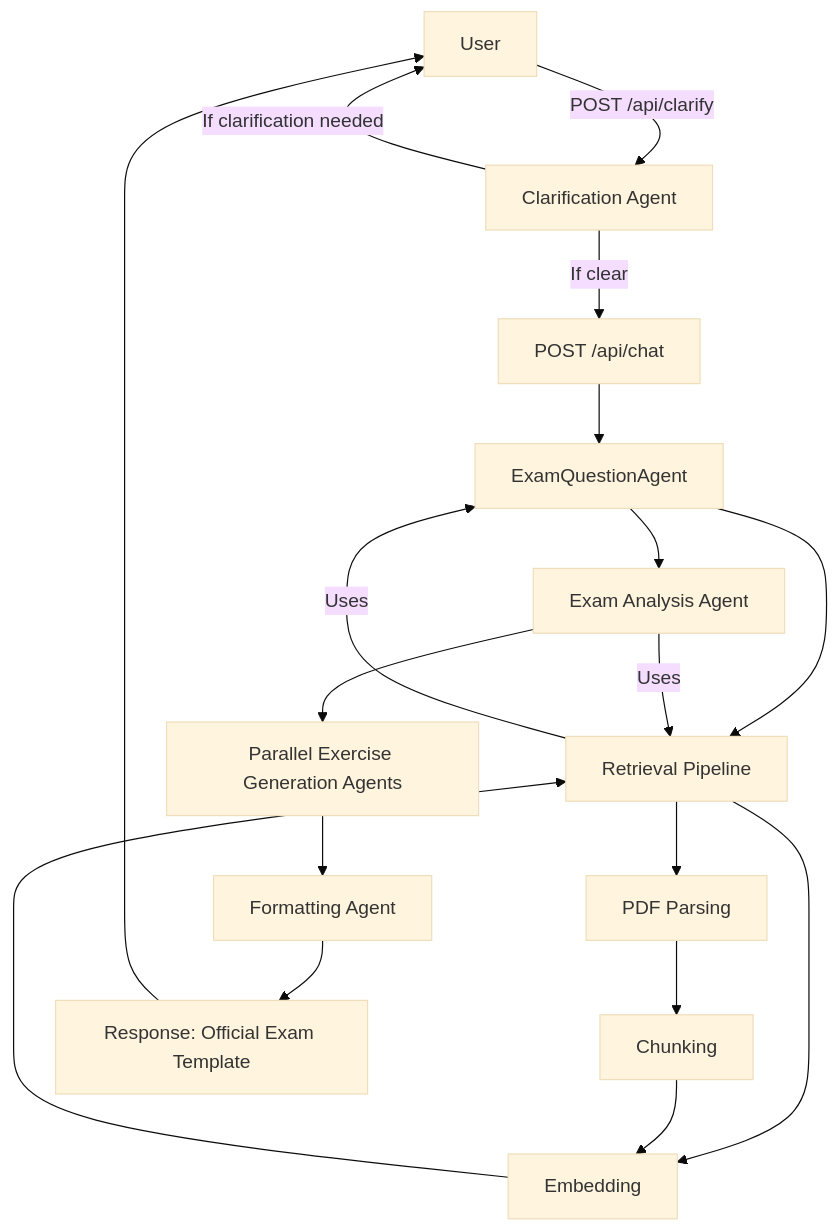
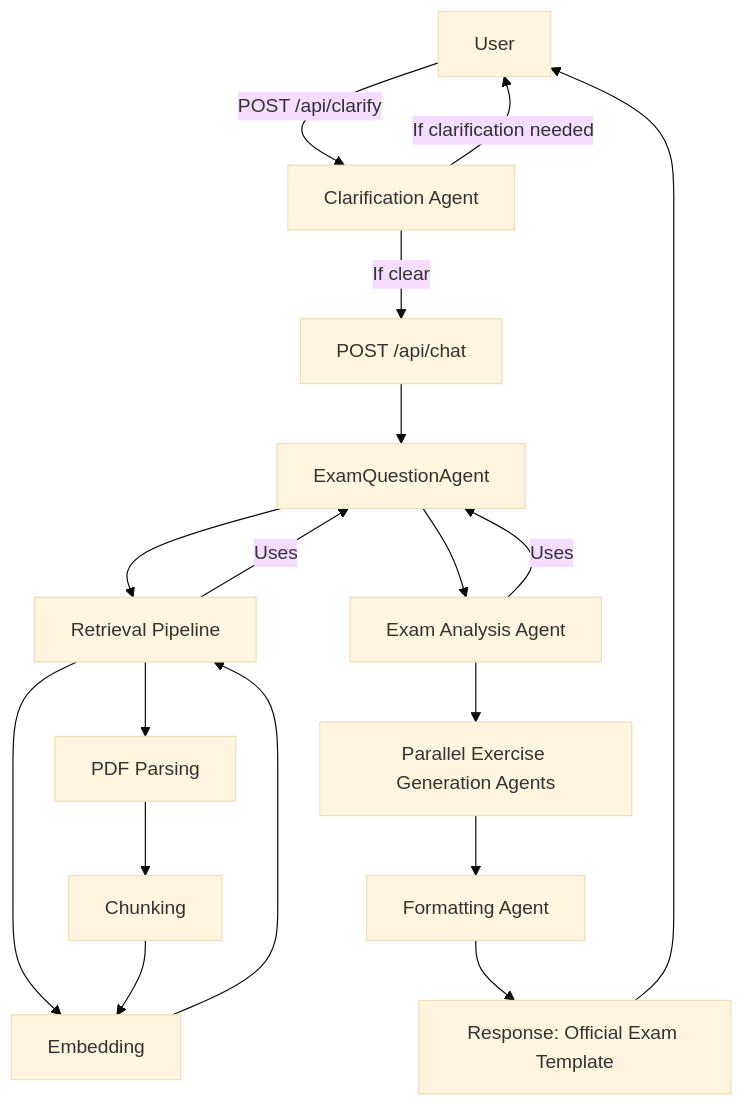
Before and after one commit to jawadhussein462/EduMindAI-backend: the diagram in README.md, drawn with Mermaid (base theme).

Commit message:
FEAT: Update Flow Chart

````diff
--- a/README.md
+++ b/README.md
@@ -92,20 +92,20 @@
 ```mermaid
 flowchart TD
     A["User"] -->|"POST /api/clarify"| B["Clarification Agent"]
     B -->|"If clarification needed"| A
     B -->|"If clear"| C["POST /api/chat"]
     C --> D["ExamQuestionAgent"]
     D --> E["Retrieval Pipeline"]
     E --> F["PDF Parsing"]
     F --> G["Chunking"]
     E --> H["Embedding"]
     D --> I["Exam Analysis Agent"]
     I --> J["Parallel Exercise Generation Agents"]
     J --> K["Formatting Agent"]
     K --> L["Response: Official Exam Template"]
     L --> A
     G --> H
     H --> E
     E -->|"Uses"| D
-    I -->|"Uses"| E
+    I -->|"Uses"| D
 ```
````
